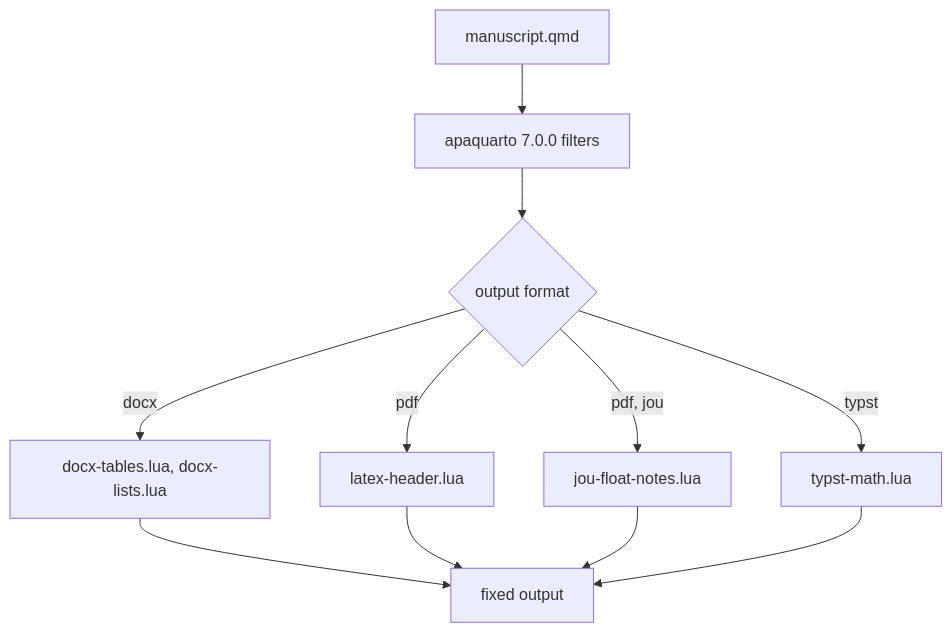
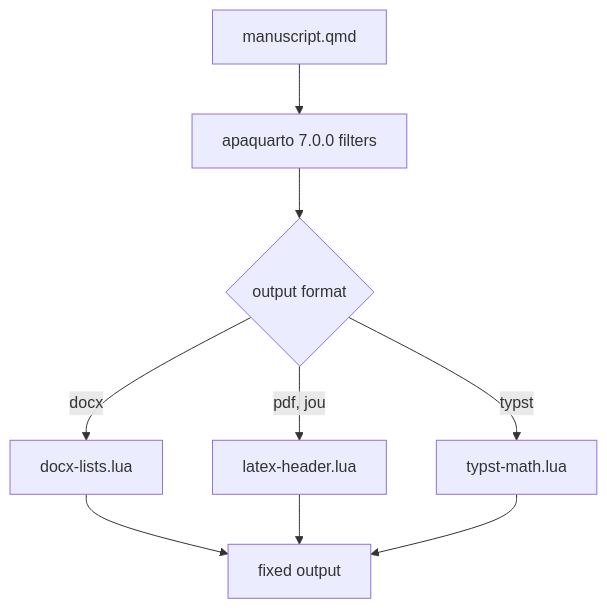
Before and after one commit to Data-Wise/apa-layout: the diagram in docs/guide/apa-layout.md, drawn with Mermaid. The commit also changed other lines of this file and 39 other files, not shown here.

````diff
--- a/docs/guide/apa-layout.md
+++ b/docs/guide/apa-layout.md
@@ -38,13 +41,11 @@
 ```mermaid
 flowchart TD
     A[manuscript.qmd] --> B[apaquarto 7.0.0 filters]
     B --> C{output format}
-    C -->|docx| D[docx-tables.lua, docx-lists.lua]
-    C -->|pdf| E[latex-header.lua]
-    C -->|pdf, jou| F[jou-float-notes.lua]
+    C -->|docx| D[docx-lists.lua]
+    C -->|pdf, jou| E[latex-header.lua]
     C -->|typst| G[typst-math.lua]
     D --> H[fixed output]
     E --> H
-    F --> H
     G --> H
 ```
````
